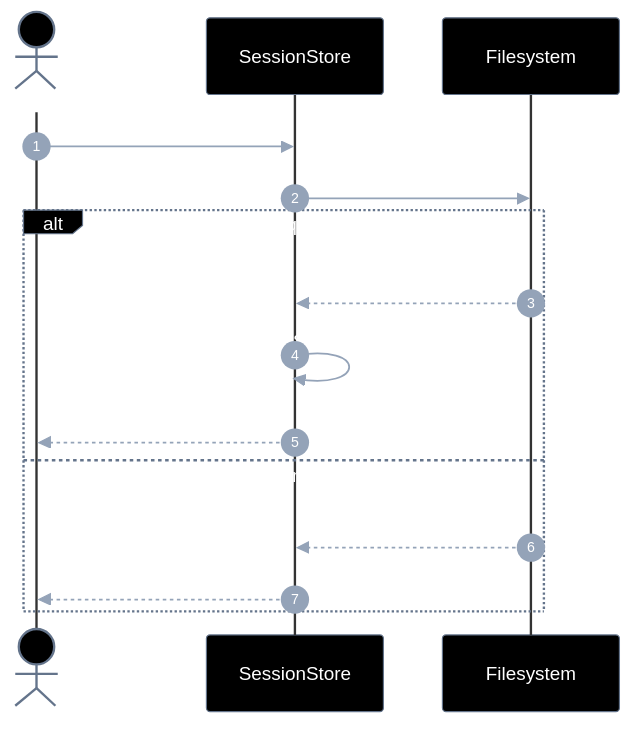
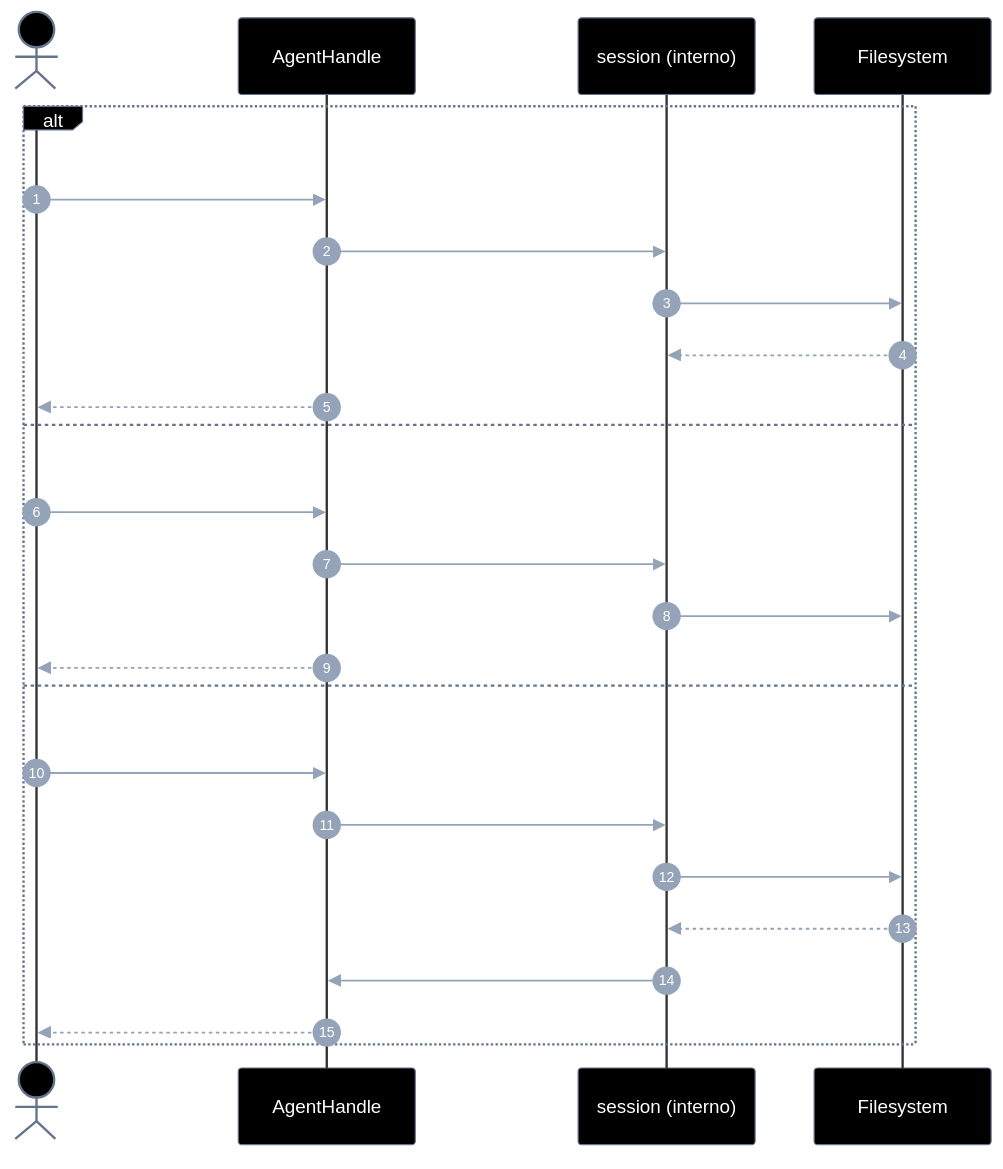
The first of 2 diagrams in connectmax/screen-robot/implementation-plan/EP-06-sessao.md (laerciogermano/workstation), drawn with Mermaid before and after one commit. The commit also changed other lines of this file and 5 other files, not shown here.

First line of the commit message:
Alinha planos EP-03..06 ao padrão do handle (provisionar → métodos no AgentHandle).

````diff
--- a/connectmax/screen-robot/implementation-plan/EP-06-sessao.md
+++ b/connectmax/screen-robot/implementation-plan/EP-06-sessao.md
@@ -245,59 +53,68 @@
 ```mermaid
 ---
 config:
   theme: base
   themeVariables:
     darkMode: true
     background: '#000000'
     primaryColor: '#000000'
     primaryTextColor: '#ffffff'
     primaryBorderColor: '#64748b'
     secondaryColor: '#000000'
     secondaryTextColor: '#ffffff'
     secondaryBorderColor: '#64748b'
     tertiaryColor: '#000000'
     tertiaryTextColor: '#ffffff'
     tertiaryBorderColor: '#64748b'
     lineColor: '#64748b'
     textColor: '#ffffff'
     mainBkg: '#000000'
     nodeBorder: '#64748b'
     clusterBkg: '#000000'
     clusterBorder: '#333333'
     titleColor: '#ffffff'
     edgeLabelBackground: '#000000'
     actorBkg: '#000000'
     actorBorder: '#64748b'
     actorTextColor: '#ffffff'
     actorLineColor: '#333333'
     signalColor: '#94a3b8'
     signalTextColor: '#ffffff'
     labelBoxBkgColor: '#000000'
     labelBoxBorderColor: '#64748b'
     labelTextColor: '#ffffff'
-    loopTextColor: '#ffffff'
     noteBorderColor: '#64748b'
     noteBkgColor: '#111111'
     noteTextColor: '#ffffff'
     activationBorderColor: '#64748b'
     activationBkgColor: '#1a1a1a'
     sequenceNumberColor: '#ffffff'
     classText: '#ffffff'
 ---
 sequenceDiagram
   autonumber
   actor Dev as Caller
-  participant S as SessionStore
+  participant H as AgentHandle
+  participant S as session (interno)
   participant FS as Filesystem
 
-  Dev->>S: restoreSession(path)
-  S->>FS: read JSON
-  alt arquivo ok
-    FS-->>S: content
-    S->>S: validar schema
-    S-->>Dev: state
-  else ausente/inválido
-    FS-->>S: missing|invalid
-    S-->>Dev: erro
+  alt US-17 save
+    Dev->>H: saveSession(path, state)
+    H->>S: merge serial + state + savedAt
+    S->>FS: write JSON
+    FS-->>S: ok
+    H-->>Dev: path
+  else US-18 remove
+    Dev->>H: removeSession(path)
+    H->>S: unlink
+    S->>FS: delete
+    H-->>Dev: removed
+  else US-19 restore
+    Dev->>H: restoreSession(path)
+    H->>S: read JSON
+    S->>FS: read
+    FS-->>S: payload
+    S->>H: reaplicar contexto
+    H-->>Dev: SessionState
   end
 ```
````
